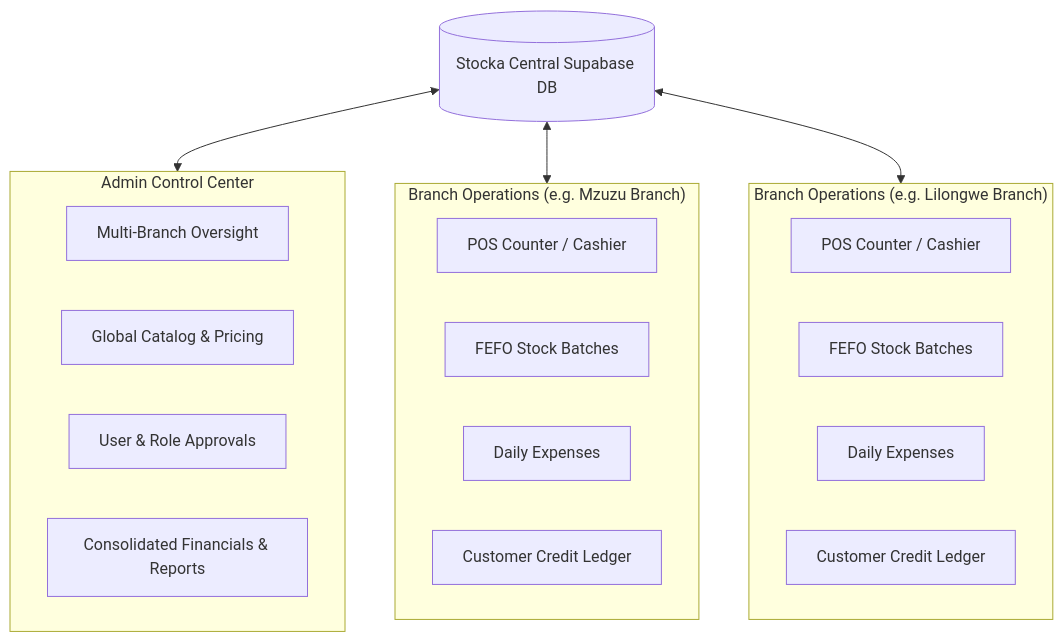
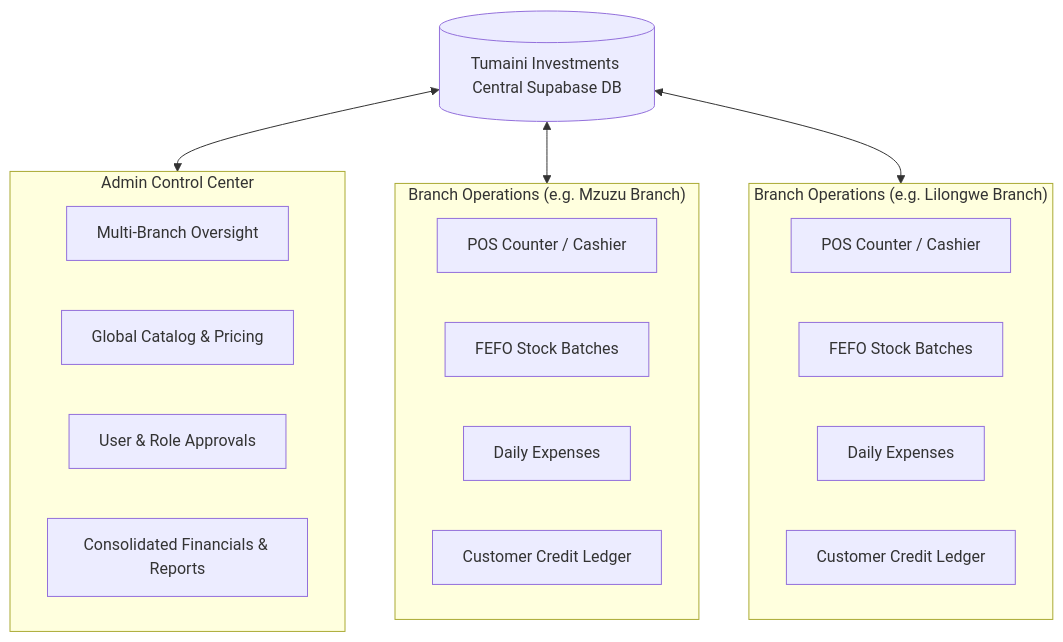
Before and after one commit to ThomJonathan/Pharmacy-management-system: the first of 4 diagrams in USER_MANUAL.md, drawn with Mermaid. The commit also changed other lines of this file and 14 other files, not shown here.

````diff
--- a/USER_MANUAL.md
+++ b/USER_MANUAL.md
@@ -31,29 +31,29 @@
 ```mermaid
 flowchart TD
-    CentralDB[(Stocka Central Supabase DB)]
+    CentralDB[(Tumaini Investments Central Supabase DB)]
     
     subgraph AdminControl ["Admin Control Center"]
         A1[Multi-Branch Oversight]
         A2[Global Catalog & Pricing]
         A3[User & Role Approvals]
         A4[Consolidated Financials & Reports]
     end
 
     subgraph BranchA ["Branch Operations (e.g. Mzuzu Branch)"]
         B1[POS Counter / Cashier]
         B2[FEFO Stock Batches]
         B3[Daily Expenses]
         B4[Customer Credit Ledger]
     end
 
     subgraph BranchB ["Branch Operations (e.g. Lilongwe Branch)"]
         C1[POS Counter / Cashier]
         C2[FEFO Stock Batches]
         C3[Daily Expenses]
         C4[Customer Credit Ledger]
     end
 
     CentralDB <--> AdminControl
     CentralDB <--> BranchA
     CentralDB <--> BranchB
 ```
````
